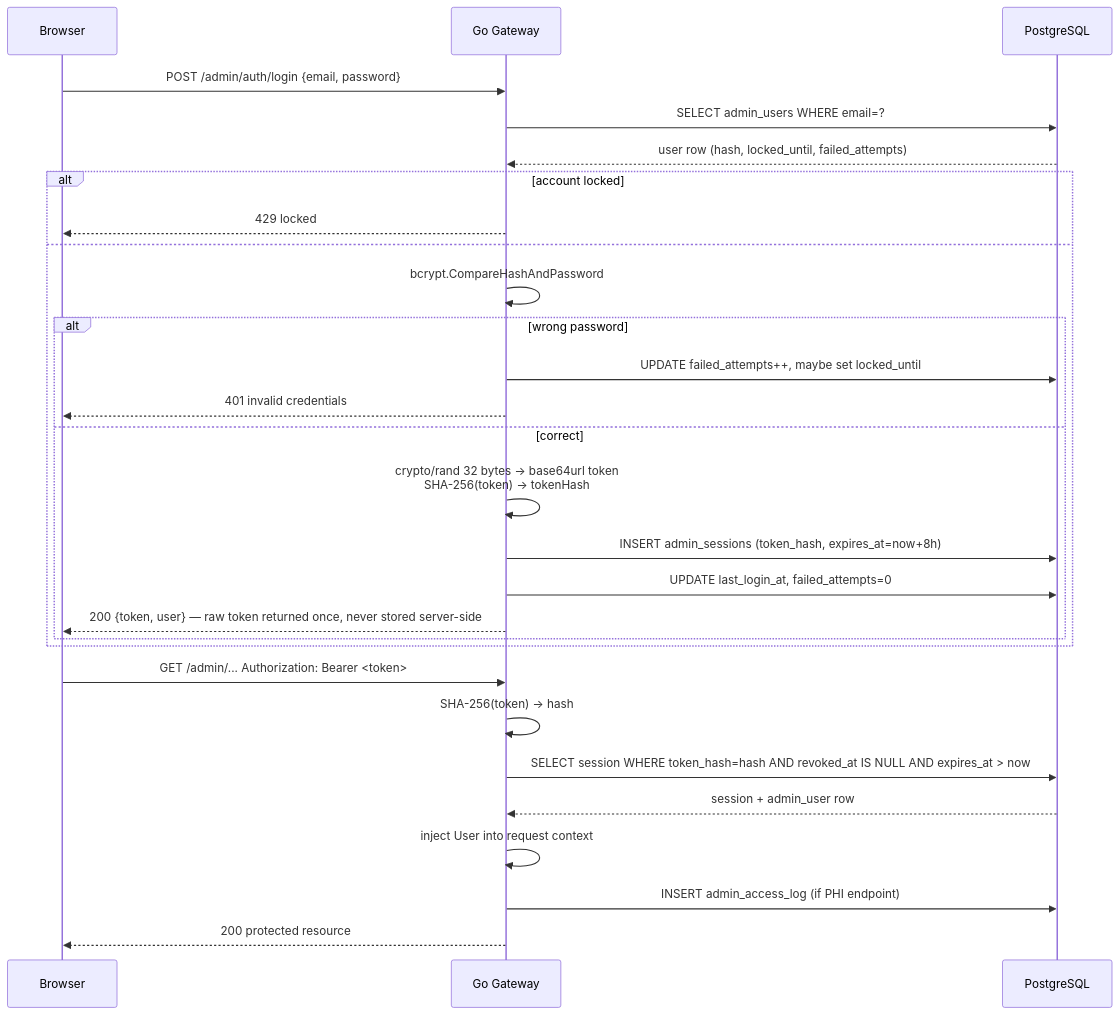
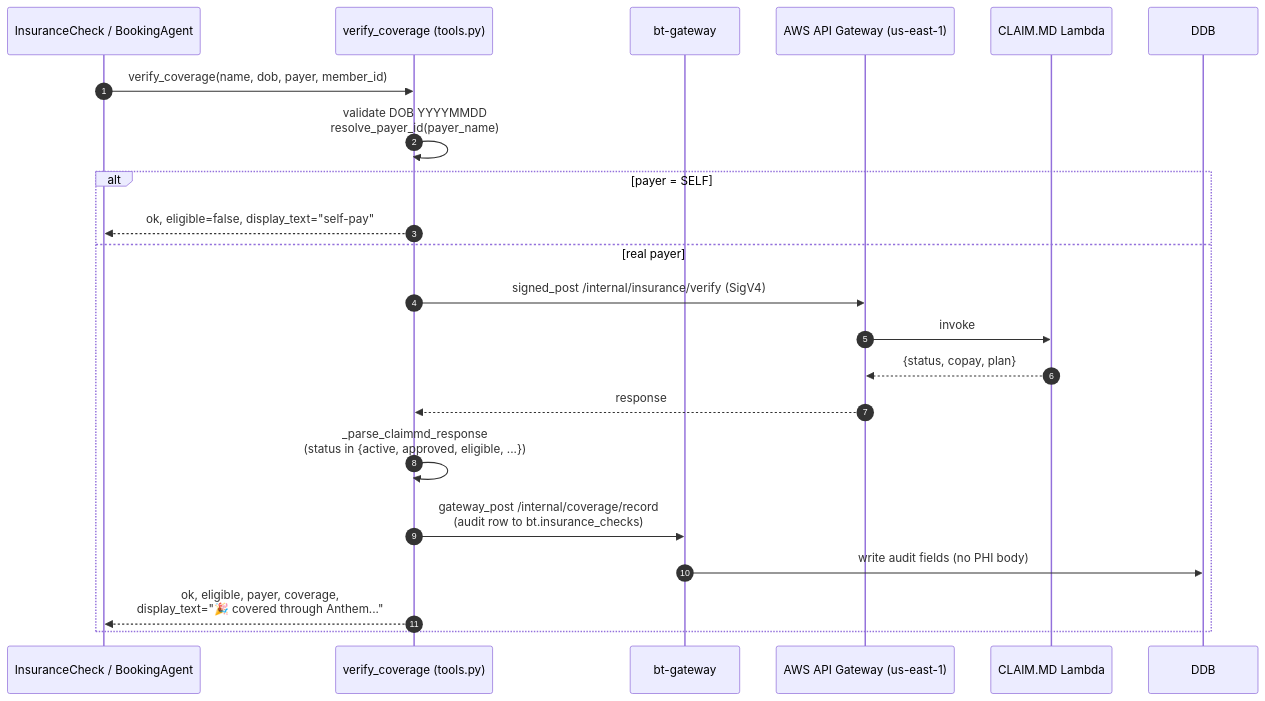
Before and after one commit to shankasf/brightertomorrow: the eighth of 9 diagrams in README.md, drawn with Mermaid. The commit also changed other lines of this file, not shown here.

First line of the commit message:
docs(readme): rebuild as voice + chat agent map with mermaid flowcharts

````diff
--- a/README.md
+++ b/README.md
@@ -560,32 +296,26 @@
 ```mermaid
 sequenceDiagram
-    participant C as Browser
-    participant G as Go Gateway
-    participant DB as PostgreSQL
+    autonumber
+    participant Agent as InsuranceCheck / BookingAgent
+    participant Tool as verify_coverage (tools.py)
+    participant GW as bt-gateway
+    participant APIG as AWS API Gateway (us-east-1)
+    participant Lambda as CLAIM.MD Lambda
+    participant DDB
 
-    C->>G: POST /admin/auth/login {email, password}
-    G->>DB: SELECT admin_users WHERE email=?
-    DB-->>G: user row (hash, locked_until, failed_attempts)
-    alt account locked
-        G-->>C: 429 locked
-    else
-        G->>G: bcrypt.CompareHashAndPassword
-        alt wrong password
-            G->>DB: UPDATE failed_attempts++, maybe set locked_until
-            G-->>C: 401 invalid credentials
-        else correct
-            G->>G: crypto/rand 32 bytes → base64url token<br/>SHA-256(token) → tokenHash
-            G->>DB: INSERT admin_sessions (token_hash, expires_at=now+8h)
-            G->>DB: UPDATE last_login_at, failed_attempts=0
-            G-->>C: 200 {token, user} — raw token returned once, never stored server-side
-        end
+    Agent->>Tool: verify_coverage(name, dob, payer, member_id)
+    Tool->>Tool: validate DOB YYYYMMDD<br/>resolve_payer_id(payer_name)
+
+    alt payer = SELF
+        Tool-->>Agent: ok, eligible=false, display_text="self-pay"
+    else real payer
+        Tool->>APIG: signed_post /internal/insurance/verify (SigV4)
+        APIG->>Lambda: invoke
+        Lambda-->>APIG: {status, copay, plan}
+        APIG-->>Tool: response
+        Tool->>Tool: _parse_claimmd_response<br/>(status in {active, approved, eligible, ...})
+        Tool->>GW: gateway_post /internal/coverage/record<br/>(audit row to bt.insurance_checks)
+        GW->>DDB: write audit fields (no PHI body)
+        Tool-->>Agent: ok, eligible, payer, coverage,<br/>display_text="🎉 covered through Anthem..."
     end
-
-    C->>G: GET /admin/... Authorization: Bearer <token>
-    G->>G: SHA-256(token) → hash
-    G->>DB: SELECT session WHERE token_hash=hash AND revoked_at IS NULL AND expires_at > now
-    DB-->>G: session + admin_user row
-    G->>G: inject User into request context
-    G->>DB: INSERT admin_access_log (if PHI endpoint)
-    G-->>C: 200 protected resource
 ```
````
